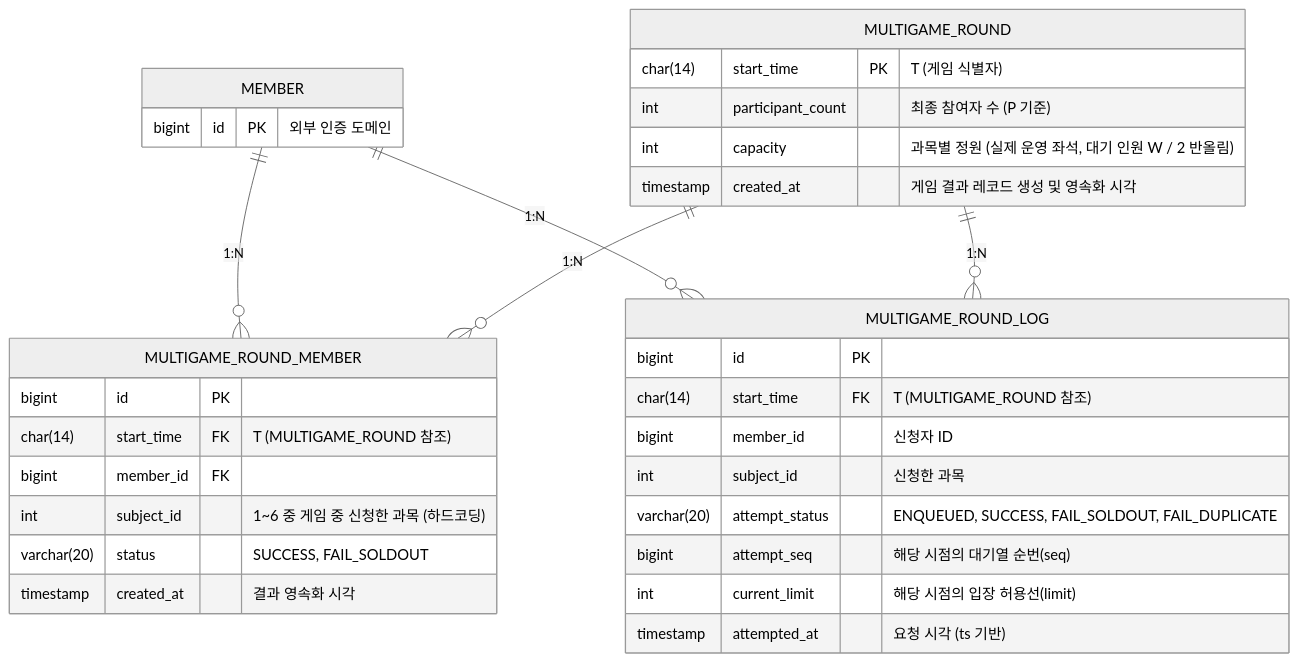
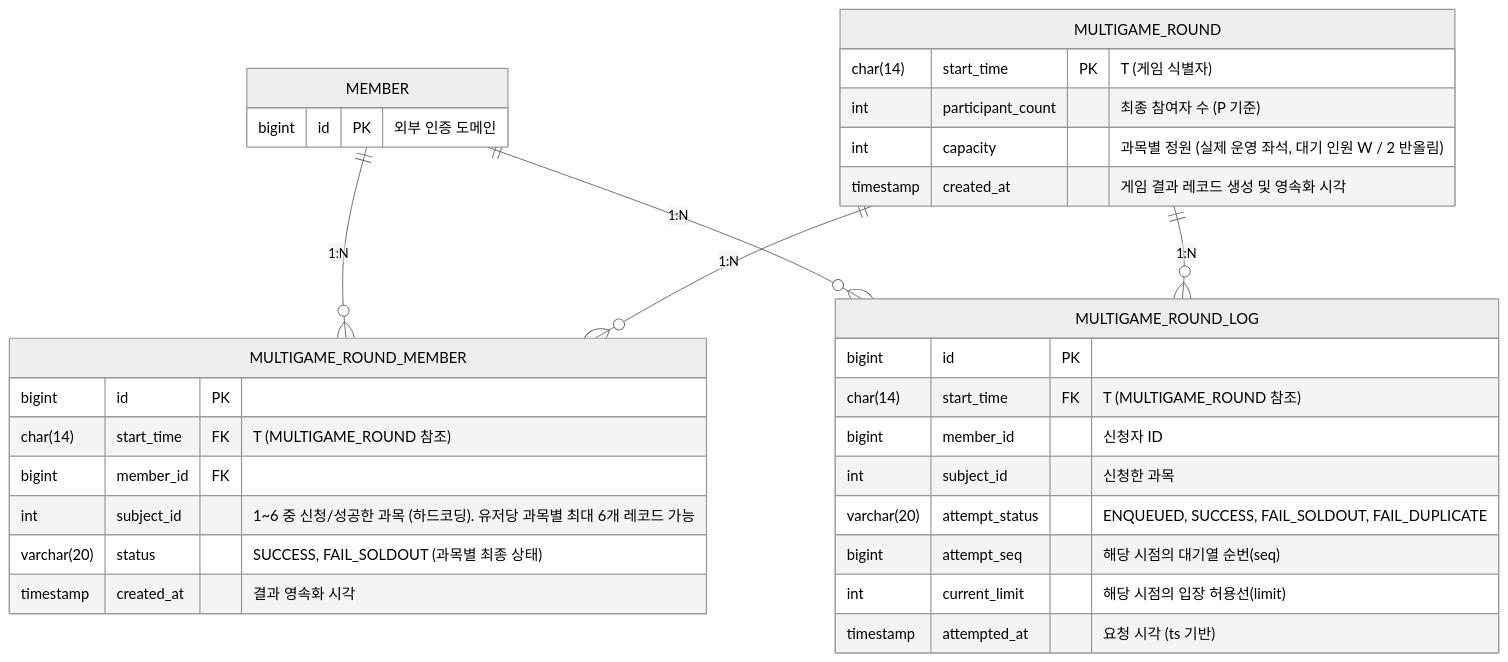
Before and after one commit to mju-sugangsincheong-helper2/mju-sugangsincheong-helper-backend: the diagram in docs/multigame.md, drawn with Mermaid (neutral theme). The commit also changed other lines of this file and 36 other files, not shown here.

````diff
--- a/docs/multigame.md
+++ b/docs/multigame.md
@@ -18,38 +18,38 @@
 ```mermaid
 erDiagram
     MEMBER ||--o{ MULTIGAME_ROUND_MEMBER : "1:N"
     MEMBER ||--o{ MULTIGAME_ROUND_LOG : "1:N"
     MULTIGAME_ROUND ||--o{ MULTIGAME_ROUND_MEMBER : "1:N"
     MULTIGAME_ROUND ||--o{ MULTIGAME_ROUND_LOG : "1:N"
 
     MEMBER {
         bigint id PK "외부 인증 도메인"
     }
 
     MULTIGAME_ROUND {
         char(14) start_time PK "T (게임 식별자)"
         int participant_count "최종 참여자 수 (P 기준)"
         int capacity "과목별 정원 (실제 운영 좌석, 대기 인원 W / 2 반올림)"
         timestamp created_at "게임 결과 레코드 생성 및 영속화 시각"
     }
 
     MULTIGAME_ROUND_MEMBER {
         bigint id PK
         char(14) start_time FK "T (MULTIGAME_ROUND 참조)"
         bigint member_id FK
-        int subject_id "1~6 중 게임 중 신청한 과목 (하드코딩)"
-        varchar(20) status "SUCCESS, FAIL_SOLDOUT"
+        int subject_id "1~6 중 신청/성공한 과목 (하드코딩). 유저당 과목별 최대 6개 레코드 가능"
+        varchar(20) status "SUCCESS, FAIL_SOLDOUT (과목별 최종 상태)"
         timestamp created_at "결과 영속화 시각"
     }
 
     MULTIGAME_ROUND_LOG {
         bigint id PK
         char(14) start_time FK "T (MULTIGAME_ROUND 참조)"
         bigint member_id "신청자 ID"
         int subject_id "신청한 과목"
         varchar(20) attempt_status "ENQUEUED, SUCCESS, FAIL_SOLDOUT, FAIL_DUPLICATE"
         bigint attempt_seq "해당 시점의 대기열 순번(seq)"
         int current_limit "해당 시점의 입장 허용선(limit)"
         timestamp attempted_at "요청 시각 (ts 기반)"
     }
 ```
````
